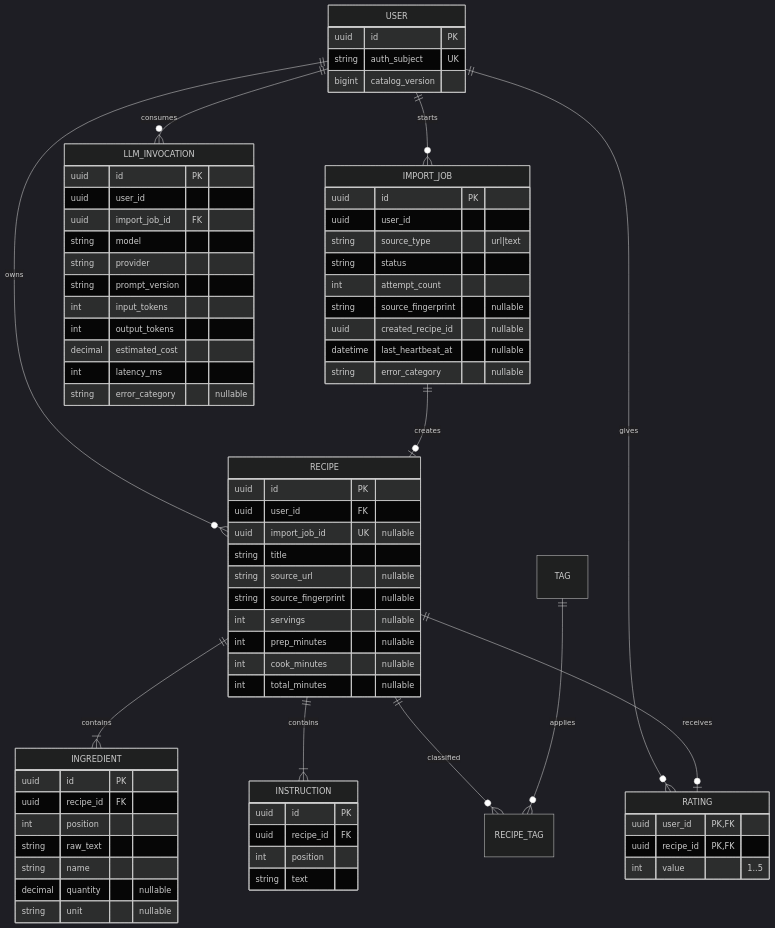
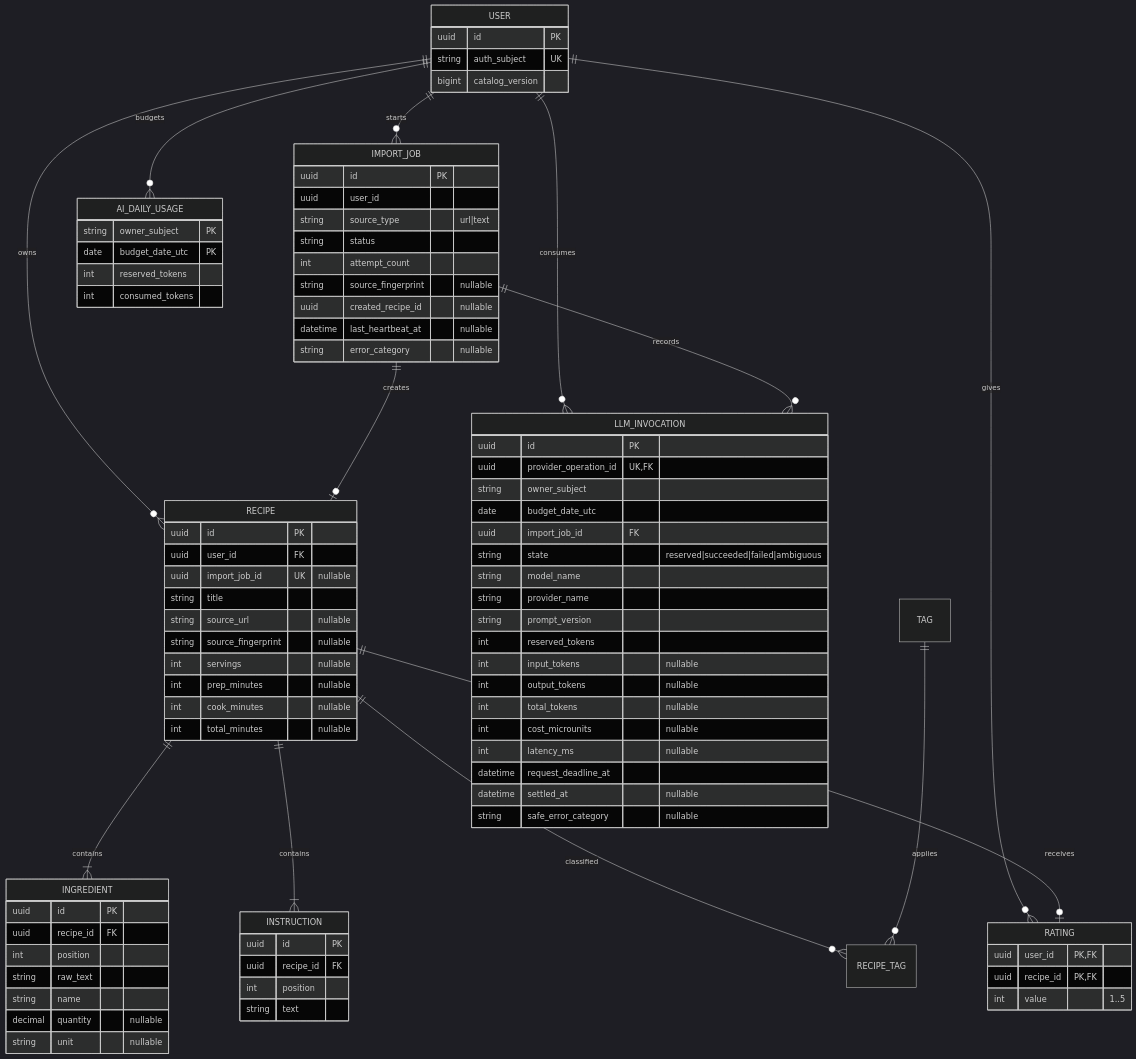
Before and after one commit to neilcohen322/storecipe: the diagram in contracts/erd.md, drawn with Mermaid (dark theme). The commit also changed other lines of this file and 30 other files, not shown here.

````diff
--- a/contracts/erd.md
+++ b/contracts/erd.md
@@ -8,7 +8,9 @@
   USER ||--o{ RECIPE : owns
   USER ||--o{ RATING : gives
   USER ||--o{ IMPORT_JOB : starts
+  USER ||--o{ AI_DAILY_USAGE : budgets
   USER ||--o{ LLM_INVOCATION : consumes
+  IMPORT_JOB ||--o{ LLM_INVOCATION : records
   RECIPE ||--|{ INGREDIENT : contains
   RECIPE ||--|{ INSTRUCTION : contains
   RECIPE ||--o{ RECIPE_TAG : classified
@@ -64,17 +66,30 @@
     datetime last_heartbeat_at "nullable"
     string error_category "nullable"
   }
+  AI_DAILY_USAGE {
+    string owner_subject PK
+    date budget_date_utc PK
+    int reserved_tokens
+    int consumed_tokens
+  }
   LLM_INVOCATION {
     uuid id PK
-    uuid user_id
+    uuid provider_operation_id UK,FK
+    string owner_subject
+    date budget_date_utc
     uuid import_job_id FK
-    string model
-    string provider
+    string state "reserved|succeeded|failed|ambiguous"
+    string model_name
+    string provider_name
     string prompt_version
-    int input_tokens
-    int output_tokens
-    decimal estimated_cost
-    int latency_ms
-    string error_category "nullable"
+    int reserved_tokens
+    int input_tokens "nullable"
+    int output_tokens "nullable"
+    int total_tokens "nullable"
+    int cost_microunits "nullable"
+    int latency_ms "nullable"
+    datetime request_deadline_at
+    datetime settled_at "nullable"
+    string safe_error_category "nullable"
   }
 ```
````
